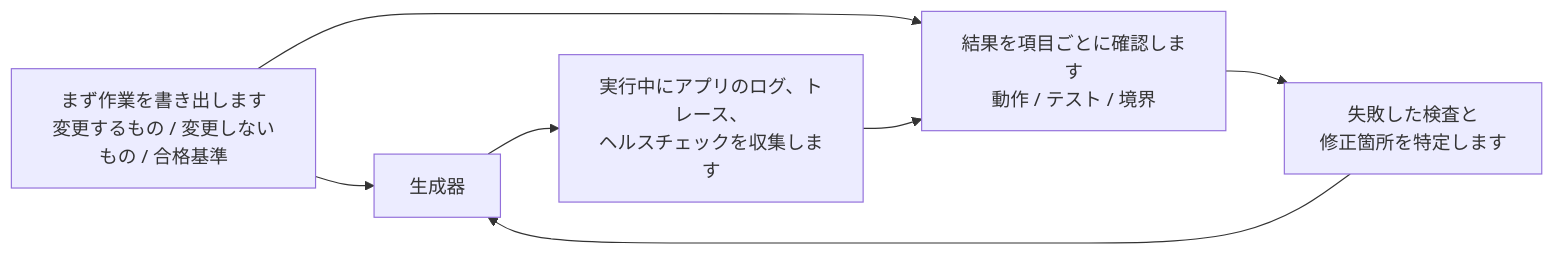
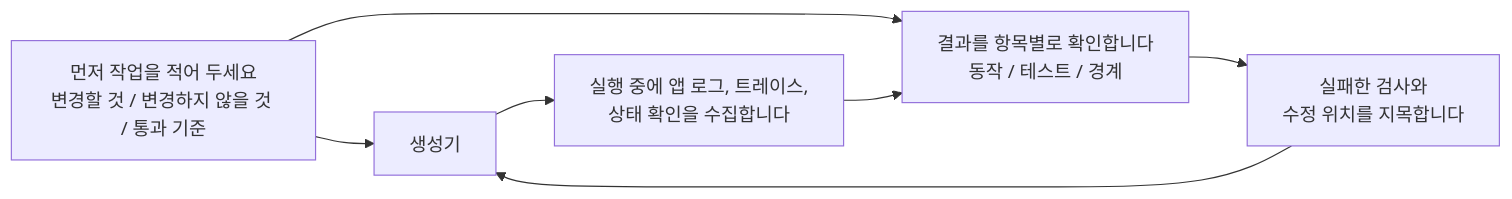
Before and after one commit to mkusaka/learn-harness-engineering: the diagram in docs/ko/lectures/lecture-11-why-observability-belongs-inside-the-harness/index.md, drawn with Mermaid. The commit also changed other lines of this file and 684 other files, not shown here.

````diff
--- a/docs/ko/lectures/lecture-11-why-observability-belongs-inside-the-harness/index.md
+++ b/docs/ko/lectures/lecture-11-why-observability-belongs-inside-the-harness/index.md
@@ -25,9 +25,9 @@
 ```mermaid
 flowchart LR
-    Contract["まず作業を書き出します<br/>変更するもの / 変更しないもの / 合格基準"] --> Generator["生成器"]
-    Generator --> Signals["実行中にアプリのログ、トレース、<br/>ヘルスチェックを収集します"]
-    Contract --> Review["結果を項目ごとに確認します<br/>動作 / テスト / 境界"]
+    Contract["먼저 작업을 적어 두세요<br/>변경할 것 / 변경하지 않을 것 / 통과 기준"] --> Generator["생성기"]
+    Generator --> Signals["실행 중에 앱 로그, 트레이스,<br/>상태 확인을 수집합니다"]
+    Contract --> Review["결과를 항목별로 확인합니다<br/>동작 / 테스트 / 경계"]
     Signals --> Review
-    Review --> Verdict["失敗した検査と<br/>修正箇所を特定します"]
+    Review --> Verdict["실패한 검사와<br/>수정 위치를 지목합니다"]
     Verdict --> Generator
 ```
````
